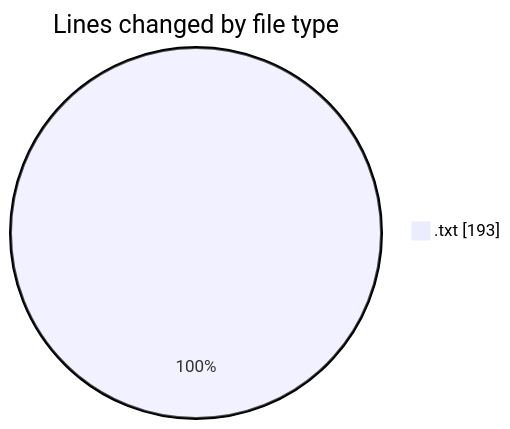
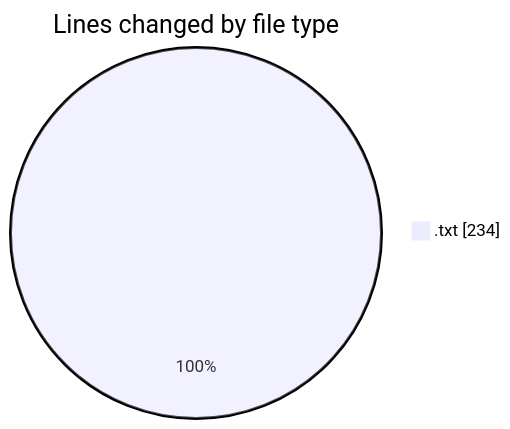
Before and after one commit to ricardozamudiocil/code-tracking: the first of 2 diagrams in 2026-10-06/cilapp/README.md, drawn with Mermaid. The commit also changed other lines of this file and 1 other file, not shown here.

````diff
--- a/2026-10-06/cilapp/README.md
+++ b/2026-10-06/cilapp/README.md
@@ -22,5 +23,5 @@
 ```mermaid
 pie showData
 title Lines changed by file type
-".txt" : 193
+".txt" : 234
 ```
````
